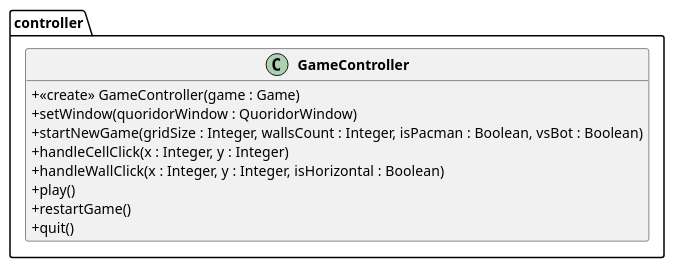
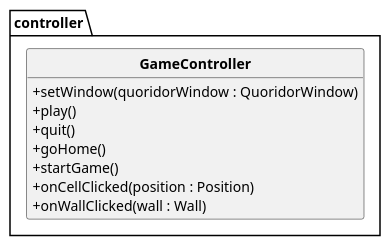
The diagram in uml/controller.puml (AgentOutsiders/A31-Projet-Quoridor), drawn with PlantUML before and after one commit.

Commit message:
Align controller UML with the code

```diff
--- a/uml/controller.puml
+++ b/uml/controller.puml
@@ -1,21 +1,21 @@
 @startuml
 skinparam classAttributeIconSize 0
 skinparam classFontStyle Bold
+skinparam style strictuml
 hide empty members
 
 package controller {
 
-    ' Reçoit les actions de la vue, met à jour le modèle et pilote la navigation
+    ' Receives the view actions, updates the model and switches pages
     class GameController {
-        + <<create>> GameController(game : Game)
         + setWindow(quoridorWindow : QuoridorWindow)
-        + startNewGame(gridSize : Integer, wallsCount : Integer, isPacman : Boolean, vsBot : Boolean)
-        + handleCellClick(x : Integer, y : Integer)
-        + handleWallClick(x : Integer, y : Integer, isHorizontal : Boolean)
         + play()
-        + restartGame()
         + quit()
+        + goHome()
+        + startGame()
+        + onCellClicked(position : Position)
+        + onWallClicked(wall : Wall)
     }
 }
 
 @enduml
```
